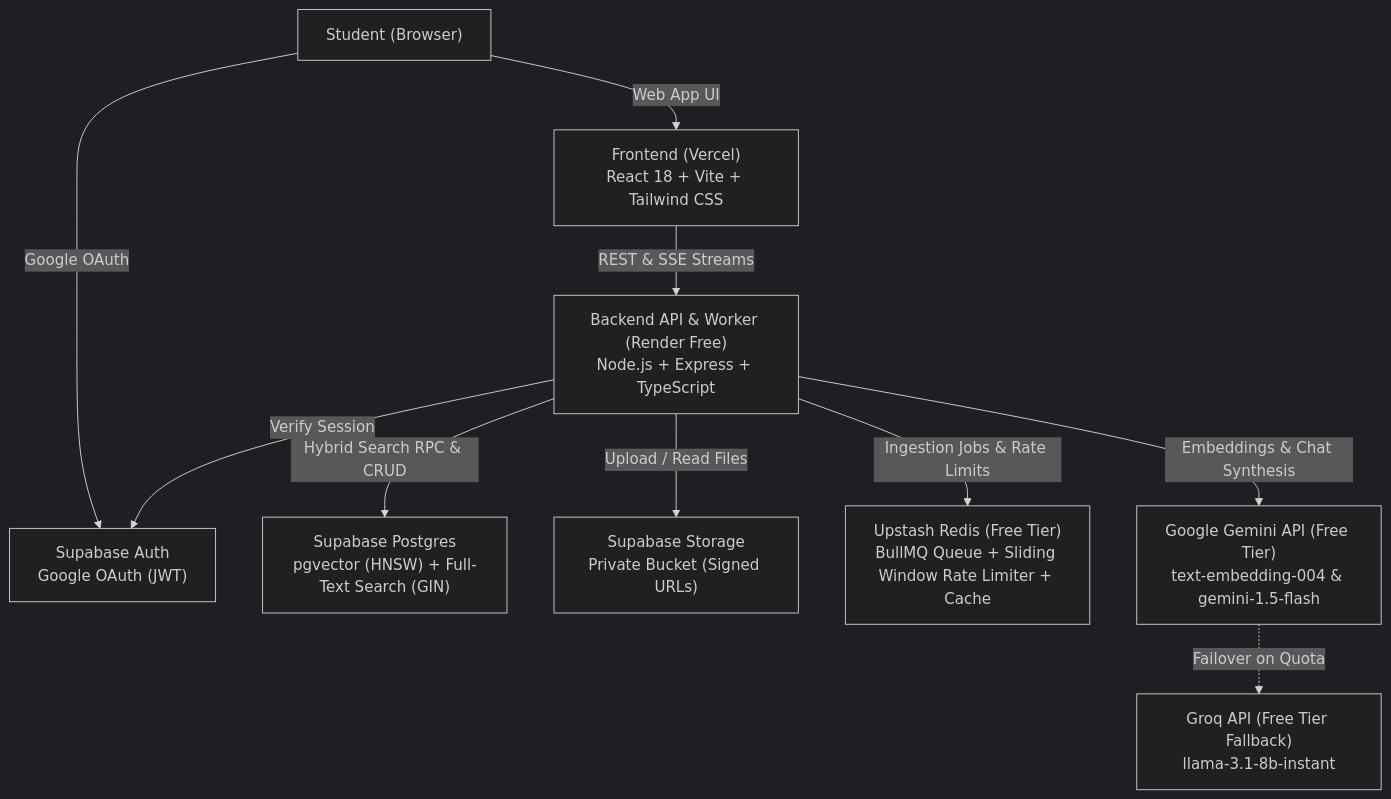
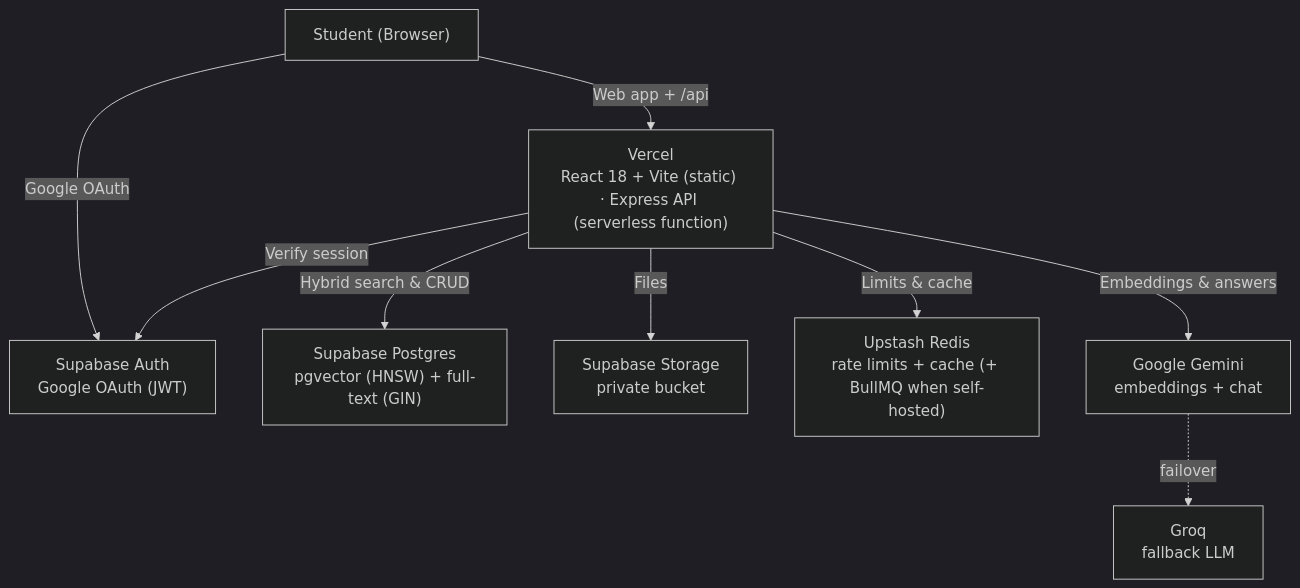
One commit to Aman739-code/AskMyNotes changed the second of 2 diagrams in README.md. Above: the diagram before and after it, drawn with Mermaid (dark theme). The commit also changed other lines of this file, not shown here.

````diff
--- a/README.md
+++ b/README.md
@@ -50,22 +91,20 @@
 ```mermaid
 flowchart TD
     User["Student (Browser)"]
-    Vercel["Frontend (Vercel)<br/>React 18 + Vite + Tailwind CSS"]
-    Render["Backend API & Worker (Render Free)<br/>Node.js + Express + TypeScript"]
-    SupabaseAuth["Supabase Auth<br/>Google OAuth (JWT)"]
-    SupabaseDB["Supabase Postgres<br/>pgvector (HNSW) + Full-Text Search (GIN)"]
-    SupabaseStorage["Supabase Storage<br/>Private Bucket (Signed URLs)"]
-    UpstashRedis["Upstash Redis (Free Tier)<br/>BullMQ Queue + Sliding Window Rate Limiter + Cache"]
-    Gemini["Google Gemini API (Free Tier)<br/>text-embedding-004 & gemini-1.5-flash"]
-    Groq["Groq API (Free Tier Fallback)<br/>llama-3.1-8b-instant"]
+    Vercel["Vercel<br/>React 18 + Vite (static) · Express API (serverless function)"]
+    Auth["Supabase Auth<br/>Google OAuth (JWT)"]
+    DB["Supabase Postgres<br/>pgvector (HNSW) + full-text (GIN)"]
+    Storage["Supabase Storage<br/>private bucket"]
+    Redis["Upstash Redis<br/>rate limits + cache (+ BullMQ when self-hosted)"]
+    Gemini["Google Gemini<br/>embeddings + chat"]
+    Groq["Groq<br/>fallback LLM"]
 
-    User -->|"Google OAuth"| SupabaseAuth
-    User -->|"Web App UI"| Vercel
-    Vercel -->|"REST & SSE Streams"| Render
-    Render -->|"Verify Session"| SupabaseAuth
-    Render -->|"Ingestion Jobs & Rate Limits"| UpstashRedis
-    Render -->|"Upload / Read Files"| SupabaseStorage
-    Render -->|"Hybrid Search RPC & CRUD"| SupabaseDB
-    Render -->|"Embeddings & Chat Synthesis"| Gemini
-    Gemini -.->|"Failover on Quota"| Groq
+    User -->|"Google OAuth"| Auth
+    User -->|"Web app + /api"| Vercel
+    Vercel -->|"Verify session"| Auth
+    Vercel -->|"Hybrid search & CRUD"| DB
+    Vercel -->|"Files"| Storage
+    Vercel -->|"Limits & cache"| Redis
+    Vercel -->|"Embeddings & answers"| Gemini
+    Gemini -.->|"failover"| Groq
 ```
````
